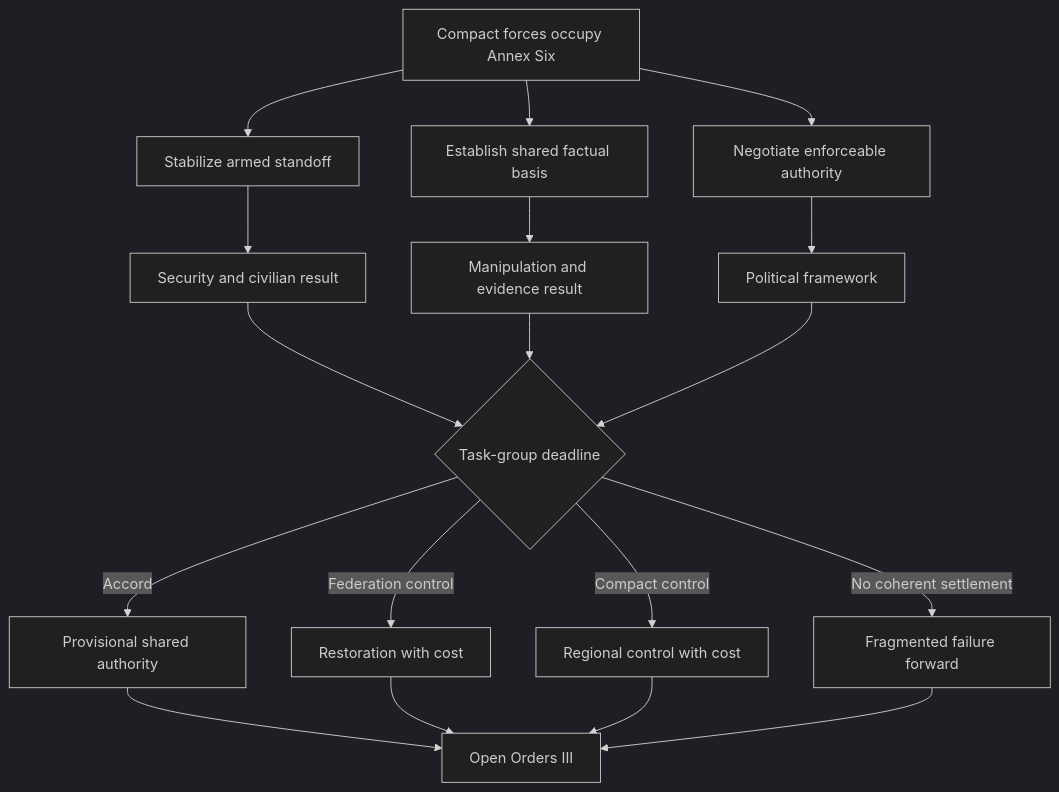
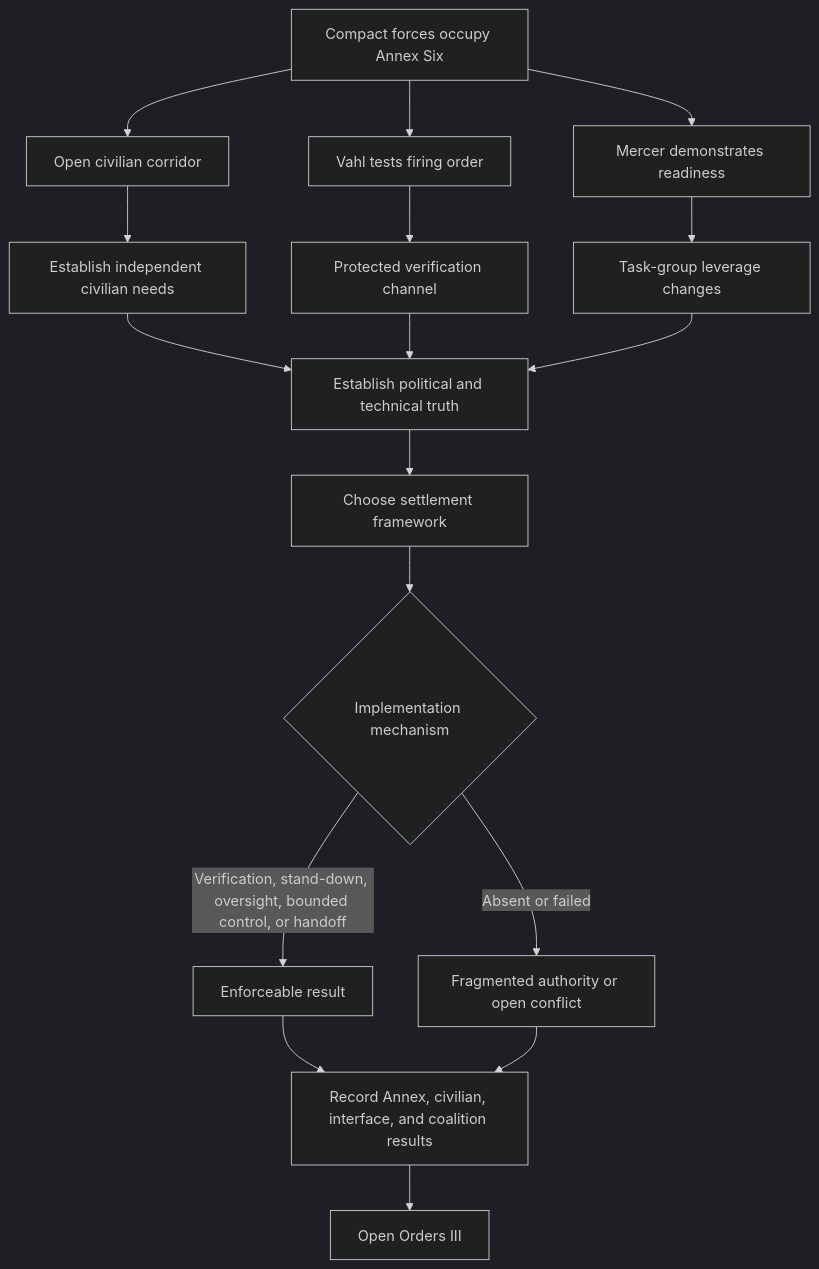
Diagram 11 of 14 in docs/authoring/ASHES_OF_PEACE_ENRICHMENT.md (MentallyQuill/Directive), drawn with Mermaid (dark theme) before and after one commit. The commit also changed other lines of this file and 4 other files, not shown here.

Commit message:
feat: deepen Annex Six settlement

````diff
--- a/docs/authoring/ASHES_OF_PEACE_ENRICHMENT.md
+++ b/docs/authoring/ASHES_OF_PEACE_ENRICHMENT.md
@@ -536,20 +536,19 @@
 ```mermaid
 flowchart TD
-    A[Compact forces occupy Annex Six] --> B[Stabilize armed standoff]
-    A --> C[Establish shared factual basis]
-    A --> D[Negotiate enforceable authority]
-    B --> E[Security and civilian result]
-    C --> F[Manipulation and evidence result]
-    D --> G[Political framework]
-    E --> H{Task-group deadline}
+    A[Compact forces occupy Annex Six] --> B[Open civilian corridor]
+    A --> C[Vahl tests firing order]
+    A --> D[Mercer demonstrates readiness]
+    B --> E[Establish independent civilian needs]
+    C --> F[Protected verification channel]
+    D --> G[Task-group leverage changes]
+    E --> H[Establish political and technical truth]
     F --> H
     G --> H
-    H -->|Accord| I[Provisional shared authority]
-    H -->|Federation control| J[Restoration with cost]
-    H -->|Compact control| K[Regional control with cost]
-    H -->|No coherent settlement| L[Fragmented failure forward]
-    I --> M[Open Orders III]
-    J --> M
-    K --> M
+    H --> I[Choose settlement framework]
+    I --> J{Implementation mechanism}
+    J -->|Verification, stand-down, oversight, bounded control, or handoff| K[Enforceable result]
+    J -->|Absent or failed| L[Fragmented authority or open conflict]
+    K --> M[Record Annex, civilian, interface, and coalition results]
     L --> M
+    M --> N[Open Orders III]
 ```
````
